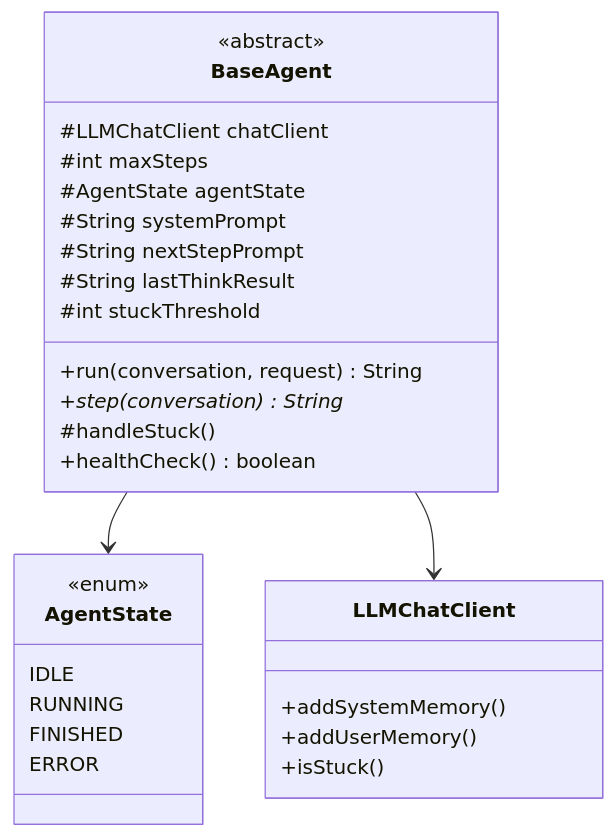
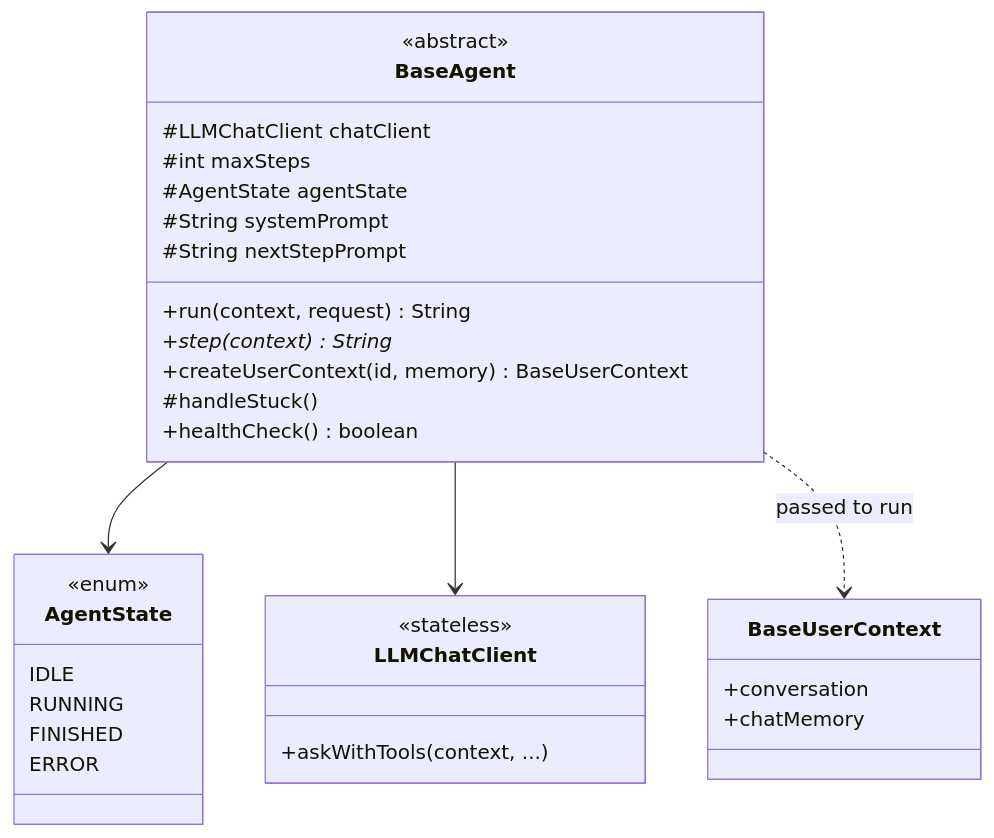
Before and after one commit to jixie-wish/Janus: the third of 14 diagrams in core/docs/AGENT-FLOW.en.md, drawn with Mermaid. The commit also changed other lines of this file and 24 other files, not shown here.

Commit message:
introduce user context

````diff
--- a/core/docs/AGENT-FLOW.en.md
+++ b/core/docs/AGENT-FLOW.en.md
@@ -23,34 +176,38 @@
 ```mermaid
 classDiagram
     class BaseAgent {
         <<abstract>>
         #LLMChatClient chatClient
         #int maxSteps
         #AgentState agentState
         #String systemPrompt
         #String nextStepPrompt
-        #String lastThinkResult
-        #int stuckThreshold
-        +run(conversation, request) String
-        +step(conversation)* String
+        +run(context, request) String
+        +step(context)* String
+        +createUserContext(id, memory) BaseUserContext
         #handleStuck()
         +healthCheck() boolean
     }
 
     class AgentState {
         <<enum>>
         IDLE
         RUNNING
         FINISHED
         ERROR
     }
 
+    class BaseUserContext {
+        +conversation
+        +chatMemory
+    }
+
     class LLMChatClient {
-        +addSystemMemory()
-        +addUserMemory()
-        +isStuck()
+        <<stateless>>
+        +askWithTools(context, ...)
     }
 
     BaseAgent --> AgentState
     BaseAgent --> LLMChatClient
+    BaseAgent ..> BaseUserContext : passed to run
 ```
````
